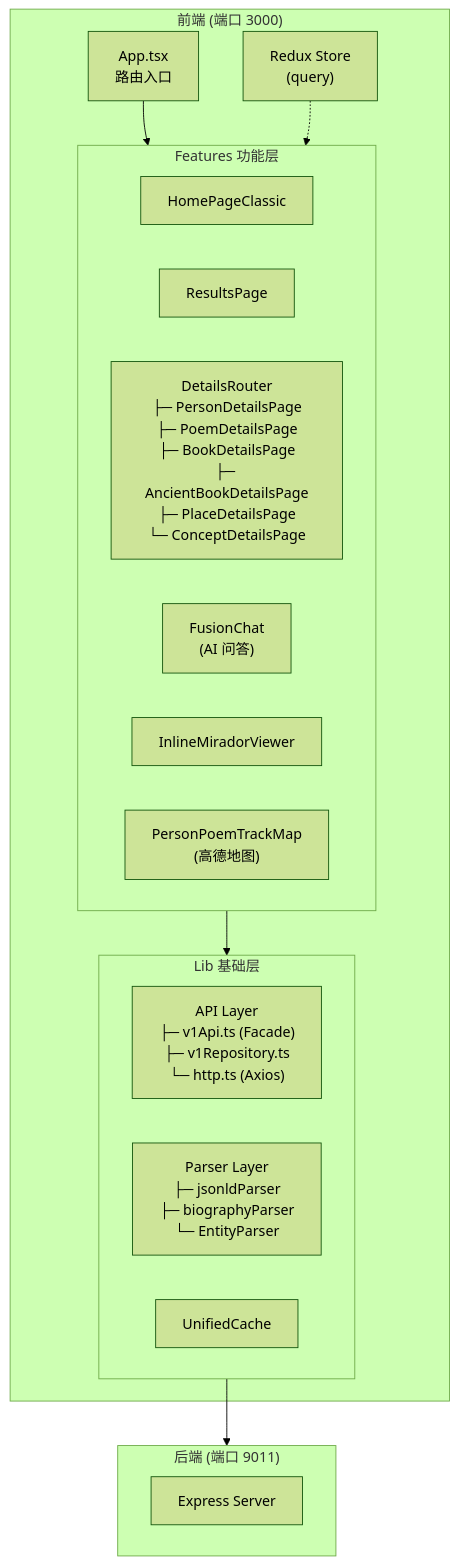
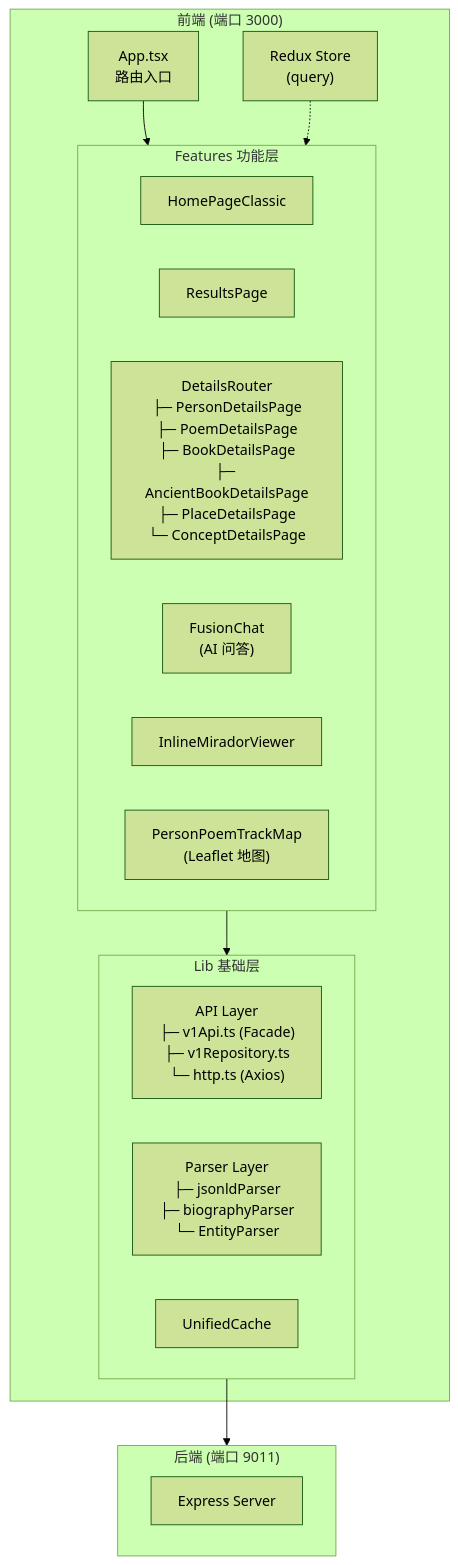
The diagram in docs/reference/codebase-qa/交互层架构问答.md (Harryleft/heluo-frontend), drawn with Mermaid (forest theme) before and after one commit. The commit also changed other lines of this file, not shown here.

Commit message:
docs(docs/reference): update map qa facts

````diff
--- a/docs/reference/codebase-qa/交互层架构问答.md
+++ b/docs/reference/codebase-qa/交互层架构问答.md
@@ -483,32 +483,32 @@
 ```mermaid
 flowchart TB
     subgraph Frontend["前端 (端口 3000)"]
         App["App.tsx<br/>路由入口"]
         Redux["Redux Store<br/>(query)"]
 
         subgraph Features["Features 功能层"]
             Home["HomePageClassic"]
             Results["ResultsPage"]
             Details["DetailsRouter<br/>├─ PersonDetailsPage<br/>├─ PoemDetailsPage<br/>├─ BookDetailsPage<br/>├─ AncientBookDetailsPage<br/>├─ PlaceDetailsPage<br/>└─ ConceptDetailsPage"]
             Fusion["FusionChat<br/>(AI 问答)"]
             IIIF["InlineMiradorViewer"]
-            Map["PersonPoemTrackMap<br/>(高德地图)"]
+            Map["PersonPoemTrackMap<br/>(Leaflet 地图)"]
         end
 
         subgraph Lib["Lib 基础层"]
             API["API Layer<br/>├─ v1Api.ts (Facade)<br/>├─ v1Repository.ts<br/>└─ http.ts (Axios)"]
             Parse["Parser Layer<br/>├─ jsonldParser<br/>├─ biographyParser<br/>└─ EntityParser"]
             Cache["UnifiedCache"]
         end
     end
 
     subgraph Backend["后端 (端口 9011)"]
         Express["Express Server"]
     end
 
     App --> Features
     Features --> Lib
     Lib --> Backend
 
     Redux -.-> Features
 ```
````
